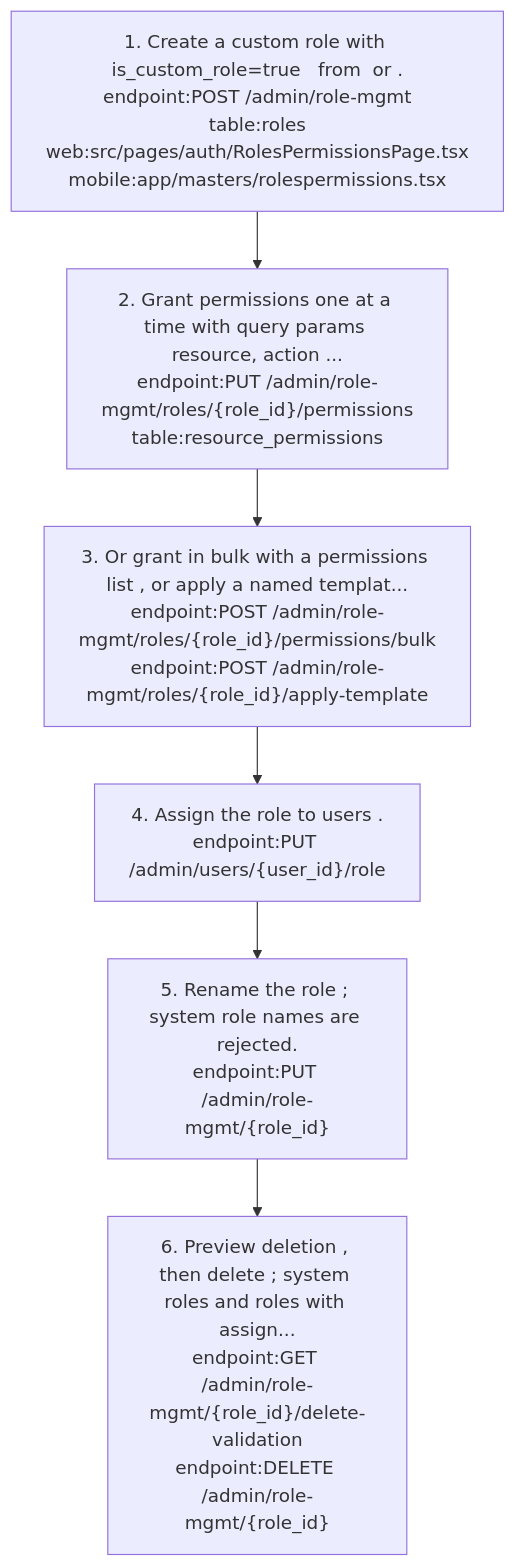
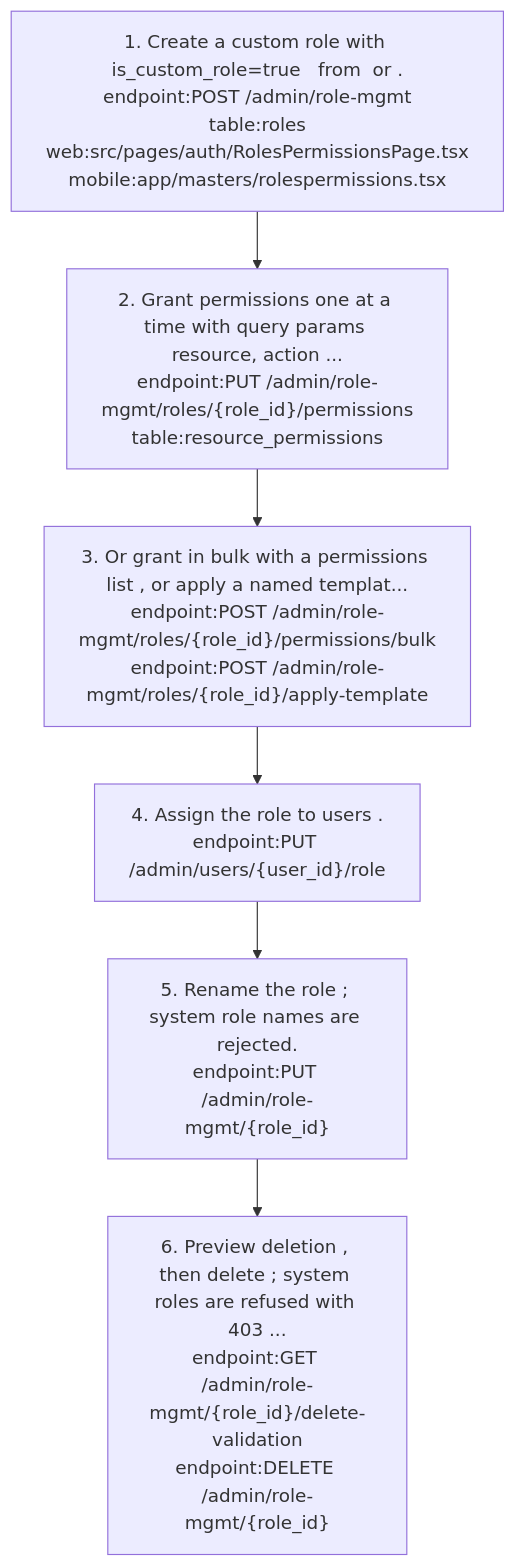
The third of 7 diagrams in docs/graph/views/tenants-and-admin.md (nerellasraj21/cos360_full_app), drawn with Mermaid before and after one commit. The commit also changed other lines of this file and 44 other files, not shown here.

First line of the commit message:
Re-verify project docs and knowledge graph against current code

````diff
--- a/docs/graph/views/tenants-and-admin.md
+++ b/docs/graph/views/tenants-and-admin.md
@@ -212,14 +215,14 @@
 ```mermaid
 flowchart TD
   s1["1. Create a custom role with is_custom_role=true   from  or .<br/>endpoint:POST /admin/role-mgmt<br/>table:roles<br/>web:src/pages/auth/RolesPermissionsPage.tsx<br/>mobile:app/masters/rolespermissions.tsx"]
   s2["2. Grant permissions one at a time with query params resource, action ...<br/>endpoint:PUT /admin/role-mgmt/roles/{role_id}/permissions<br/>table:resource_permissions"]
   s1 --> s2
   s3["3. Or grant in bulk with a permissions list , or apply a named templat...<br/>endpoint:POST /admin/role-mgmt/roles/{role_id}/permissions/bulk<br/>endpoint:POST /admin/role-mgmt/roles/{role_id}/apply-template"]
   s2 --> s3
   s4["4. Assign the role to users .<br/>endpoint:PUT /admin/users/{user_id}/role"]
   s3 --> s4
   s5["5. Rename the role ; system role names are rejected.<br/>endpoint:PUT /admin/role-mgmt/{role_id}"]
   s4 --> s5
-  s6["6. Preview deletion , then delete ; system roles and roles with assign...<br/>endpoint:GET /admin/role-mgmt/{role_id}/delete-validation<br/>endpoint:DELETE /admin/role-mgmt/{role_id}"]
+  s6["6. Preview deletion , then delete ; system roles are refused with 403 ...<br/>endpoint:GET /admin/role-mgmt/{role_id}/delete-validation<br/>endpoint:DELETE /admin/role-mgmt/{role_id}"]
   s5 --> s6
 ```
````
